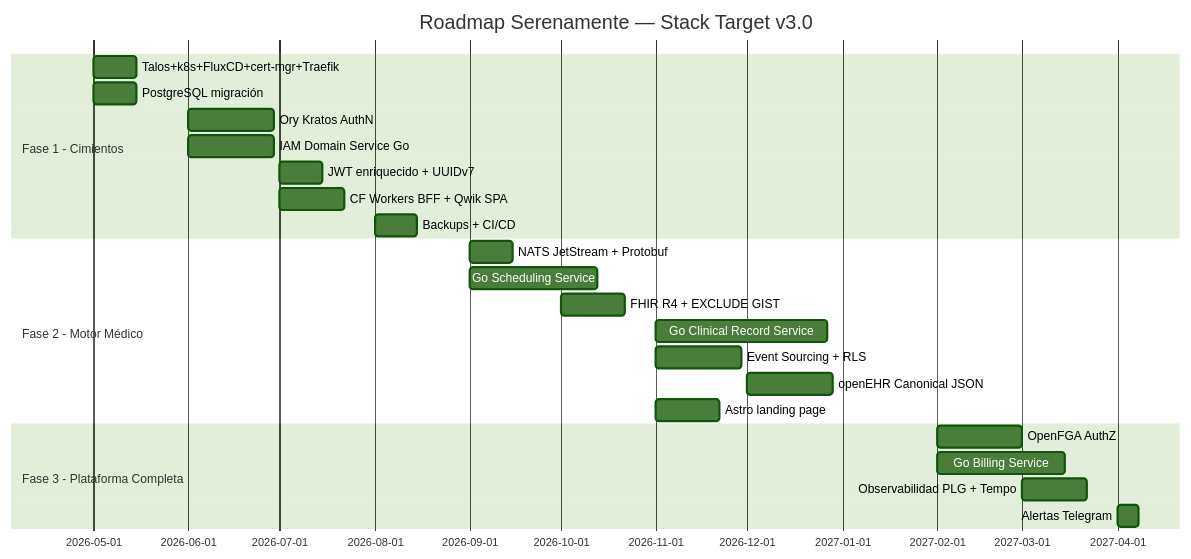
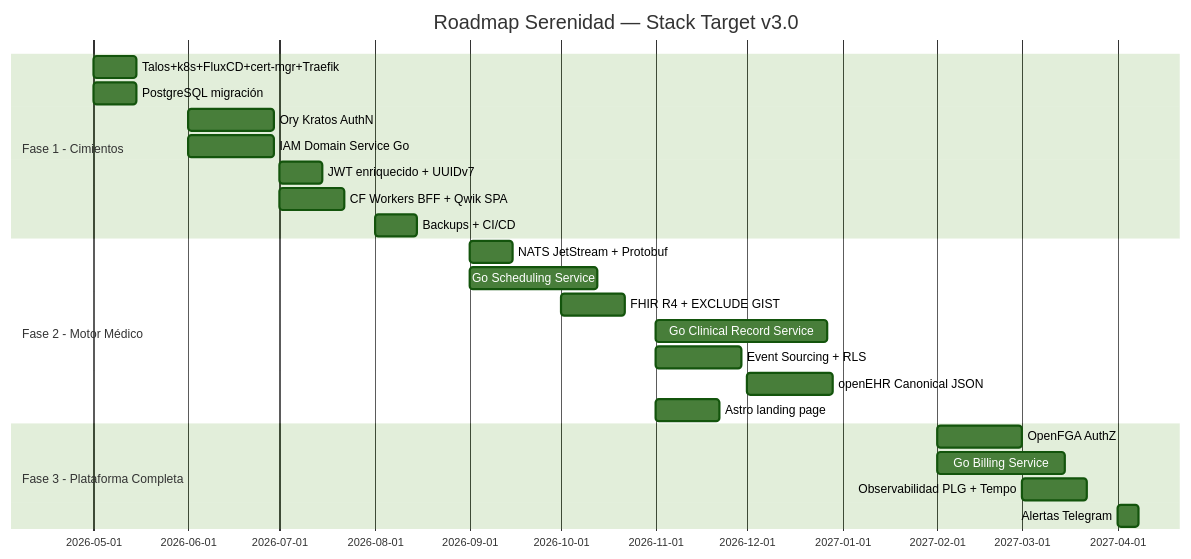
One commit to lizxdante/serenidad changed the diagram in research/04_gap_map_y_ruta_migracion.md. Above: the diagram before and after it, drawn with Mermaid (forest theme). The commit also changed other lines of this file and 24 other files, not shown here.

First line of the commit message:
rebrand: reemplaza 'serenamente' por 'serenidad' en todo el codebase

````diff
--- a/research/04_gap_map_y_ruta_migracion.md
+++ b/research/04_gap_map_y_ruta_migracion.md
@@ -122,29 +122,29 @@
 ```mermaid
 gantt
-    title Roadmap Serenamente — Stack Target v3.0
+    title Roadmap Serenidad — Stack Target v3.0
     dateFormat YYYY-MM
     
     section Fase 1 - Cimientos
     Talos+k8s+FluxCD+cert-mgr+Traefik :f1a, 2026-05, 2w
     PostgreSQL migración          :f1b, 2026-05, 2w
     Ory Kratos AuthN              :f1c, 2026-06, 4w
     IAM Domain Service Go         :f1d, 2026-06, 4w
     JWT enriquecido + UUIDv7      :f1e, 2026-07, 2w
     CF Workers BFF + Qwik SPA     :f1f, 2026-07, 3w
     Backups + CI/CD               :f1g, 2026-08, 2w
     
     section Fase 2 - Motor Médico
     NATS JetStream + Protobuf     :f2a, 2026-09, 2w
     Go Scheduling Service         :f2b, 2026-09, 6w
     FHIR R4 + EXCLUDE GIST        :f2c, 2026-10, 3w
     Go Clinical Record Service    :f2d, 2026-11, 8w
     Event Sourcing + RLS          :f2e, 2026-11, 4w
     openEHR Canonical JSON        :f2f, 2026-12, 4w
     Astro landing page            :f2g, 2026-11, 3w
     
     section Fase 3 - Plataforma Completa
     OpenFGA AuthZ                 :f3a, 2027-02, 4w
     Go Billing Service            :f3b, 2027-02, 6w
     Observabilidad PLG + Tempo    :f3c, 2027-03, 3w
     Alertas Telegram              :f3d, 2027-04, 1w
 ```
````
